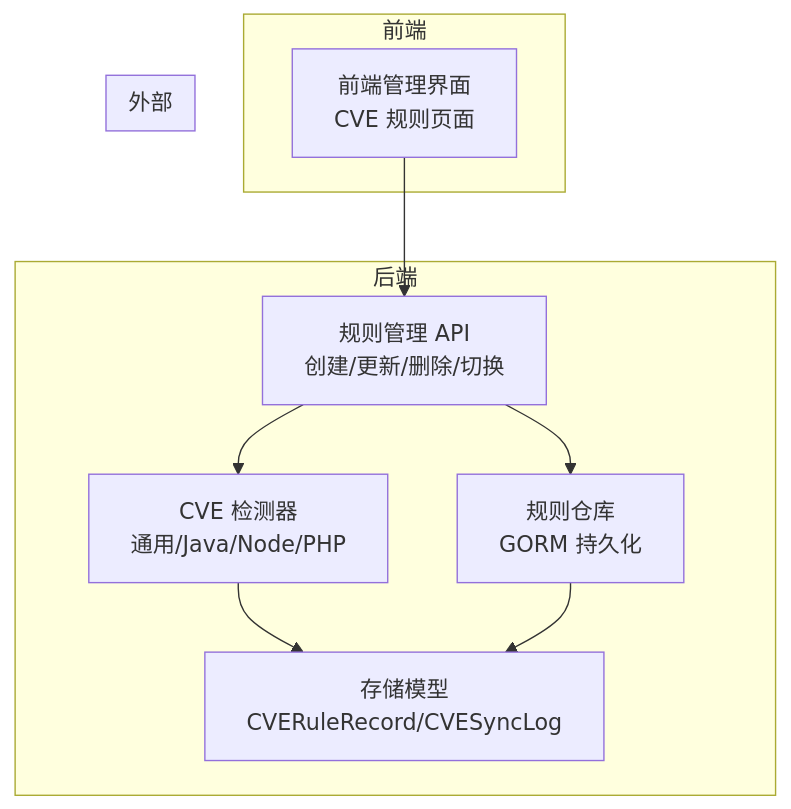
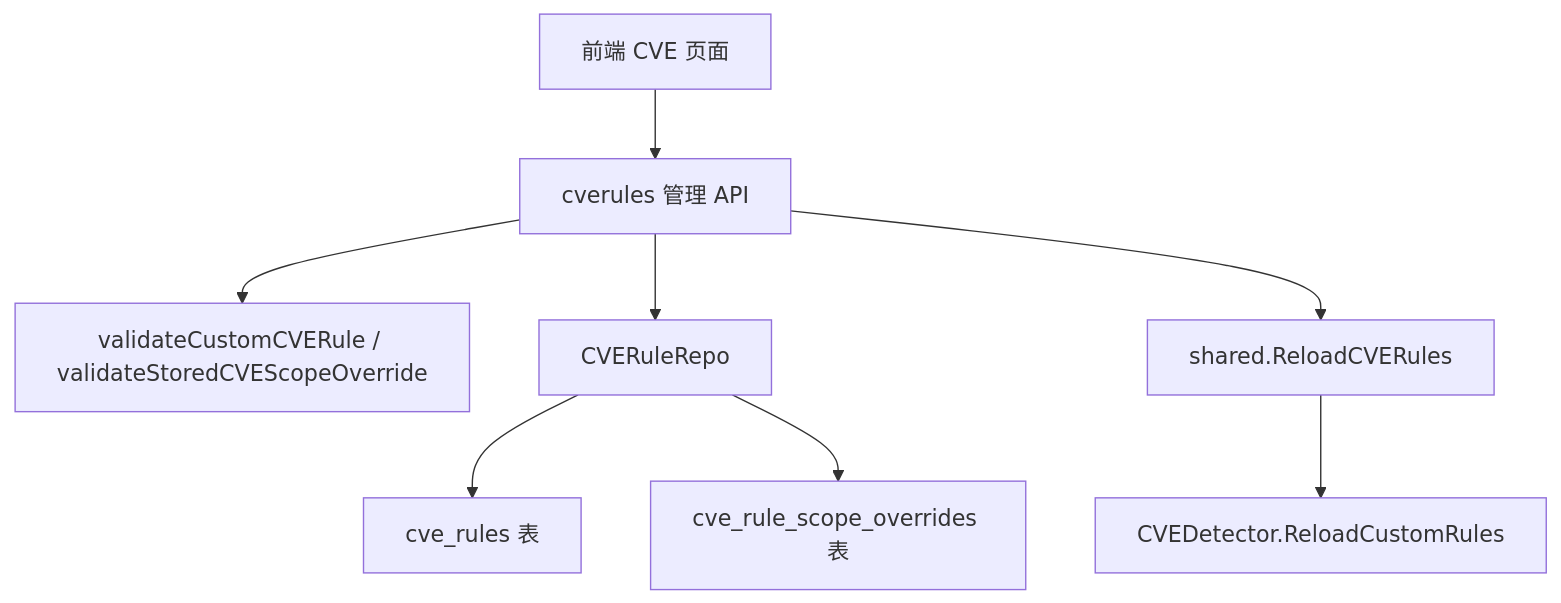
The first of 4 diagrams in docs/安全防护功能/CVE 漏洞检测/CVE 规则管理.md (x01n/My-OpenWaf), drawn with Mermaid before and after one commit. The commit also changed other lines of this file and 622 other files, not shown here.

````diff
--- a/docs/安全防护功能/CVE 漏洞检测/CVE 规则管理.md
+++ b/docs/安全防护功能/CVE 漏洞检测/CVE 规则管理.md
@@ -42,19 +51,10 @@
 ```mermaid
 graph TB
-subgraph "前端"
-FE["前端管理界面<br/>CVE 规则页面"]
-end
-subgraph "后端"
-API["规则管理 API<br/>创建/更新/删除/切换"]
-DET["CVE 检测器<br/>通用/Java/Node/PHP"]
-REPO["规则仓库<br/>GORM 持久化"]
-STORE["存储模型<br/>CVERuleRecord/CVESyncLog"]
-end
-subgraph "外部"
-FE --> API
-API --> DET
-API --> REPO
-DET --> STORE
-REPO --> STORE
-end
+FE["前端 CVE 页面"] --> API["cverules 管理 API"]
+API --> VAL["validateCustomCVERule / validateStoredCVEScopeOverride"]
+API --> REPO["CVERuleRepo"]
+REPO --> RULES["cve_rules 表"]
+REPO --> OVR["cve_rule_scope_overrides 表"]
+API --> RELOAD["shared.ReloadCVERules"]
+RELOAD --> DET["CVEDetector.ReloadCustomRules"]
 ```
````
